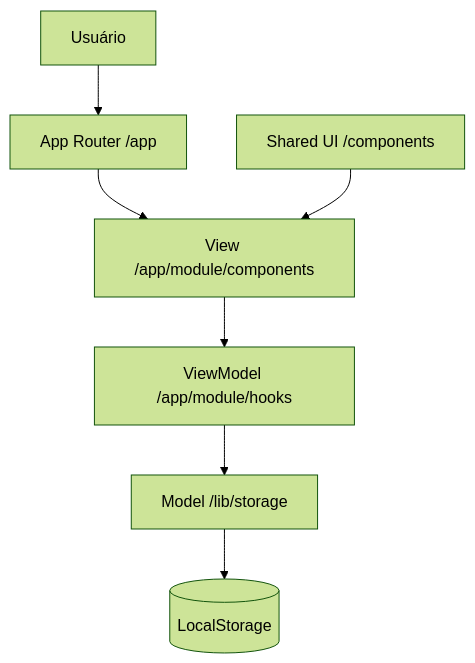
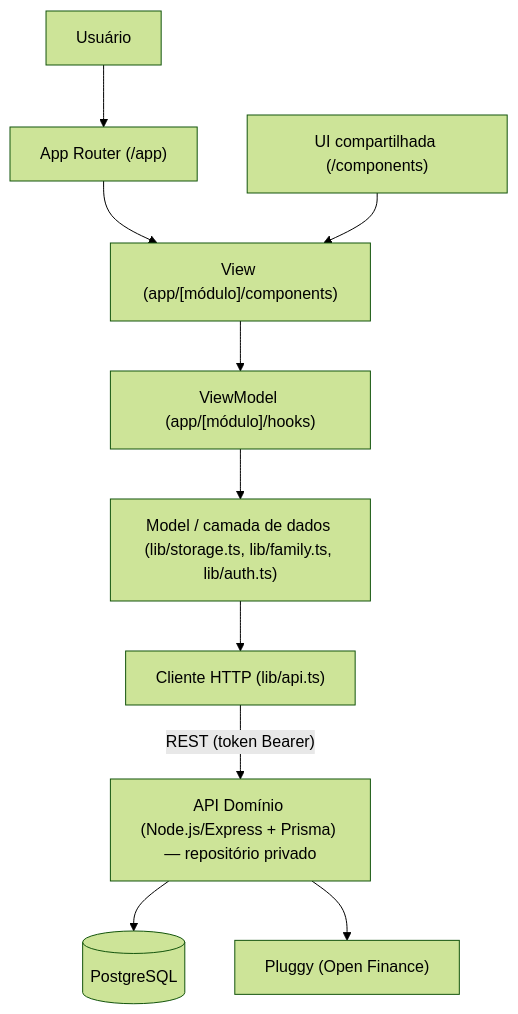
The diagram in README.md (Guilherme-Ramos-Nepomuceno/Dominio), drawn with Mermaid (forest theme) before and after one commit. The commit also changed other lines of this file, not shown here.

First line of the commit message:
docs: reescreve o README com a arquitetura atual (front + API)

````diff
--- a/README.md
+++ b/README.md
@@ -27,9 +23,12 @@
 ```mermaid
 graph TD
-    User[Usuário] --> App[App Router /app]
-    App --> View[View /app/module/components]
-    View --> ViewModel[ViewModel /app/module/hooks]
-    ViewModel --> Model[Model /lib/storage]
-    Shared[Shared UI /components] --> View
-    Model --> LocalStorage[(LocalStorage)]
+    User[Usuário] --> App["App Router (/app)"]
+    App --> View["View (app/[módulo]/components)"]
+    View --> ViewModel["ViewModel (app/[módulo]/hooks)"]
+    Shared["UI compartilhada (/components)"] --> View
+    ViewModel --> Model["Model / camada de dados (lib/storage.ts, lib/family.ts, lib/auth.ts)"]
+    Model --> Client["Cliente HTTP (lib/api.ts)"]
+    Client -->|"REST (token Bearer)"| API["API Domínio (Node.js/Express + Prisma) — repositório privado"]
+    API --> DB[(PostgreSQL)]
+    API --> Pluggy["Pluggy (Open Finance)"]
 ```
````
